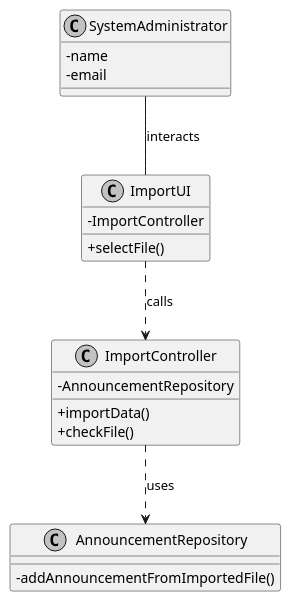
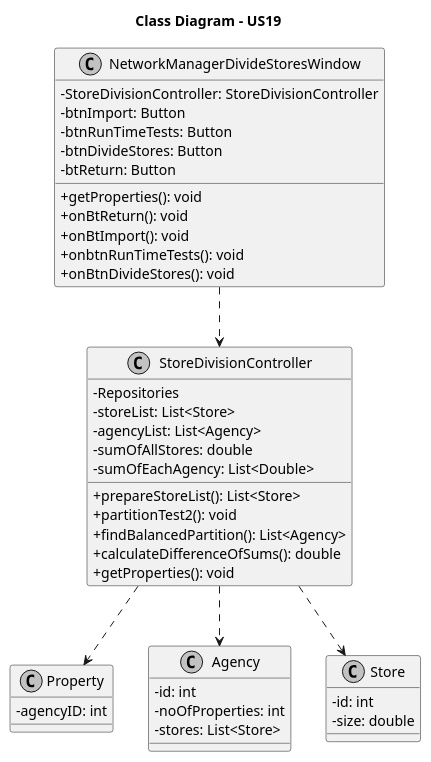
Before and after one commit to Goncalves2525/real-estate-management-system: the diagram in docs/sprintD/us019/03.design/puml/us019-class-diagram.puml, drawn with PlantUML. The commit also changed 31 other files, not shown here.

```diff
--- a/docs/sprintD/us019/03.design/puml/us019-class-diagram.puml
+++ b/docs/sprintD/us019/03.design/puml/us019-class-diagram.puml
@@ -1,43 +1,56 @@
 @startuml
 skinparam monochrome true
 skinparam packageStyle rectangle
 skinparam shadowing false
 skinparam linetype polyline
 skinparam classAttributeIconSize 0
 
-'left to right direction
+title Class Diagram - US19
 
-'class LegacySystem {
-'    + loadData(location) : importResult
-'}
-
-class SystemAdministrator {
-    - name
-    - email
+class StoreDivisionController {
+    - Repositories
+    - storeList: List<Store>
+    - agencyList: List<Agency>
+    - sumOfAllStores: double
+    - sumOfEachAgency: List<Double>
+    + prepareStoreList(): List<Store>
+    + partitionTest2(): void
+    + findBalancedPartition(): List<Agency>
+    + calculateDifferenceOfSums(): double
+    + getProperties(): void
 }
 
-class ImportController {
-    - AnnouncementRepository
-    + importData()
-    + checkFile()
+class Property {
+    - agencyID: int
 }
 
-class ImportUI {
-    - ImportController
-    + selectFile()
+class Agency {
+    - id: int
+    - noOfProperties: int
+    - stores: List<Store>
 }
 
-class AnnouncementRepository {
-    - addAnnouncementFromImportedFile()
+class NetworkManagerDivideStoresWindow {
+    - StoreDivisionController: StoreDivisionController
+    - btnImport: Button
+    - btnRunTimeTests: Button
+    - btnDivideStores: Button
+    - btReturn: Button
+    + getProperties(): void
+    + onBtReturn(): void
+    + onBtImport(): void
+    + onbtnRunTimeTests(): void
+    + onBtnDivideStores(): void
 }
 
+class Store {
+    - id: int
+    - size: double
+}
 
-ImportUI ..> ImportController : calls
-
-'ImportInformationController --> LegacySystem : uses
-
-SystemAdministrator -- ImportUI : interacts
-
-ImportController ..> AnnouncementRepository : uses
+StoreDivisionController ..> Property
+StoreDivisionController ..> Agency
+StoreDivisionController ..> Store
+NetworkManagerDivideStoresWindow ..> StoreDivisionController
 
 @enduml
```
